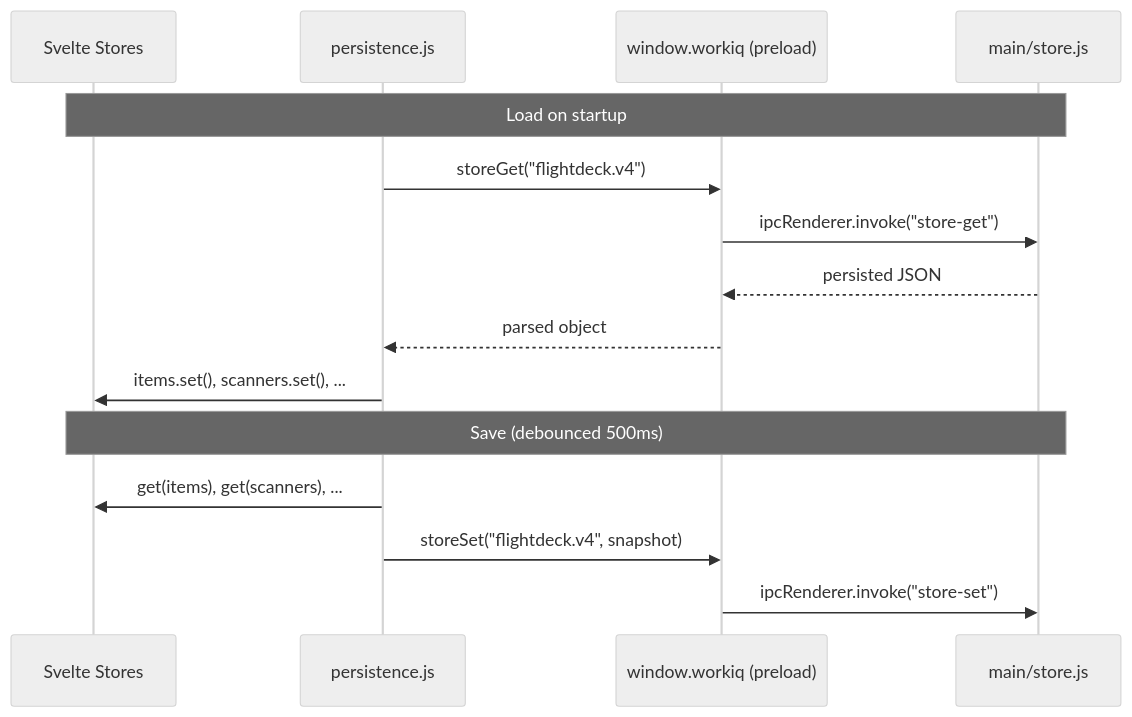
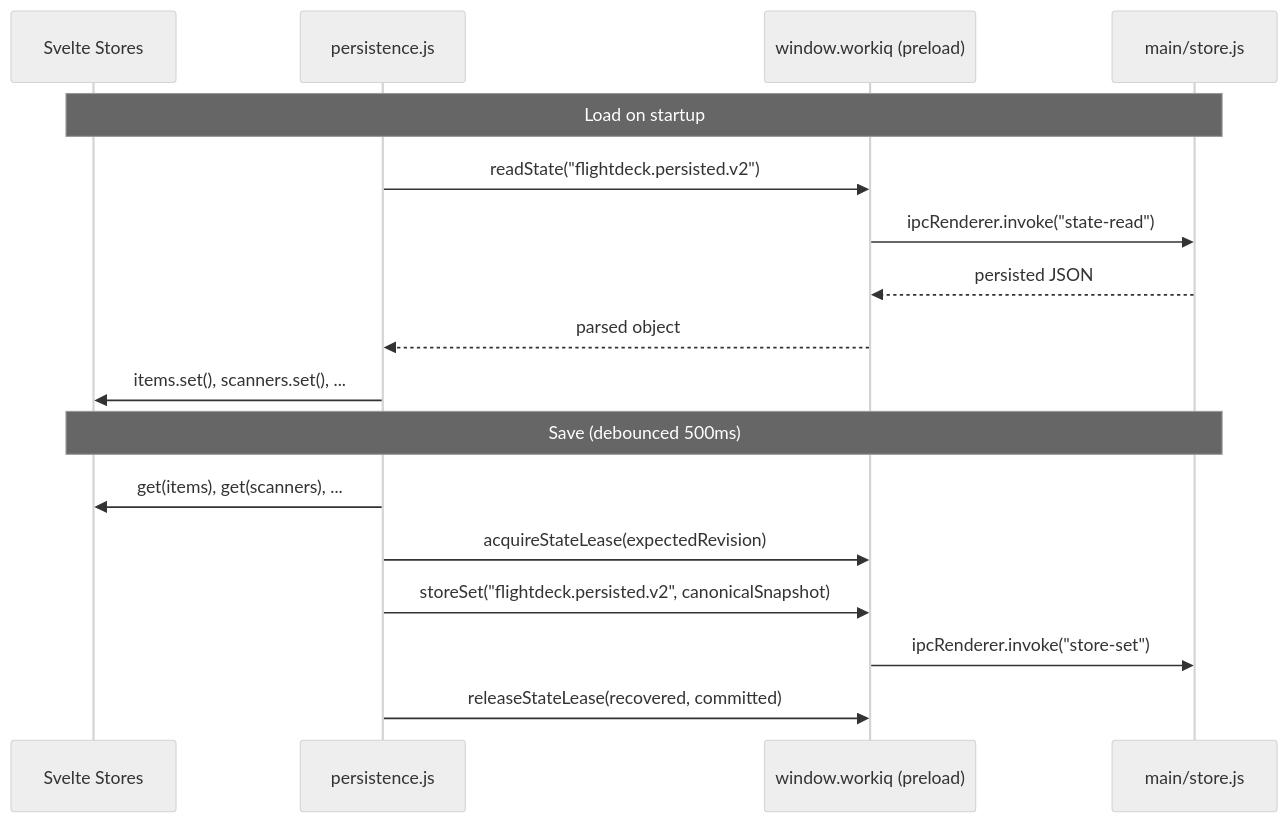
The third of 7 diagrams in docs/architecture.md (kpoineal/FlightDeck), drawn with Mermaid (neutral theme) before and after one commit. The commit also changed other lines of this file and 80 other files, not shown here.

````diff
--- a/docs/architecture.md
+++ b/docs/architecture.md
@@ -240,19 +244,21 @@
 ```mermaid
 sequenceDiagram
   participant S as Svelte Stores
   participant P as persistence.js
   participant IPC as window.workiq (preload)
   participant M as main/store.js
 
   Note over S,M: Load on startup
-  P->>IPC: storeGet("flightdeck.v4")
-  IPC->>M: ipcRenderer.invoke("store-get")
+  P->>IPC: readState("flightdeck.persisted.v2")
+  IPC->>M: ipcRenderer.invoke("state-read")
   M-->>IPC: persisted JSON
   IPC-->>P: parsed object
   P->>S: items.set(), scanners.set(), ...
 
   Note over S,M: Save (debounced 500ms)
   P->>S: get(items), get(scanners), ...
-  P->>IPC: storeSet("flightdeck.v4", snapshot)
+  P->>IPC: acquireStateLease(expectedRevision)
+  P->>IPC: storeSet("flightdeck.persisted.v2", canonicalSnapshot)
   IPC->>M: ipcRenderer.invoke("store-set")
+  P->>IPC: releaseStateLease(recovered, committed)
 ```
````
